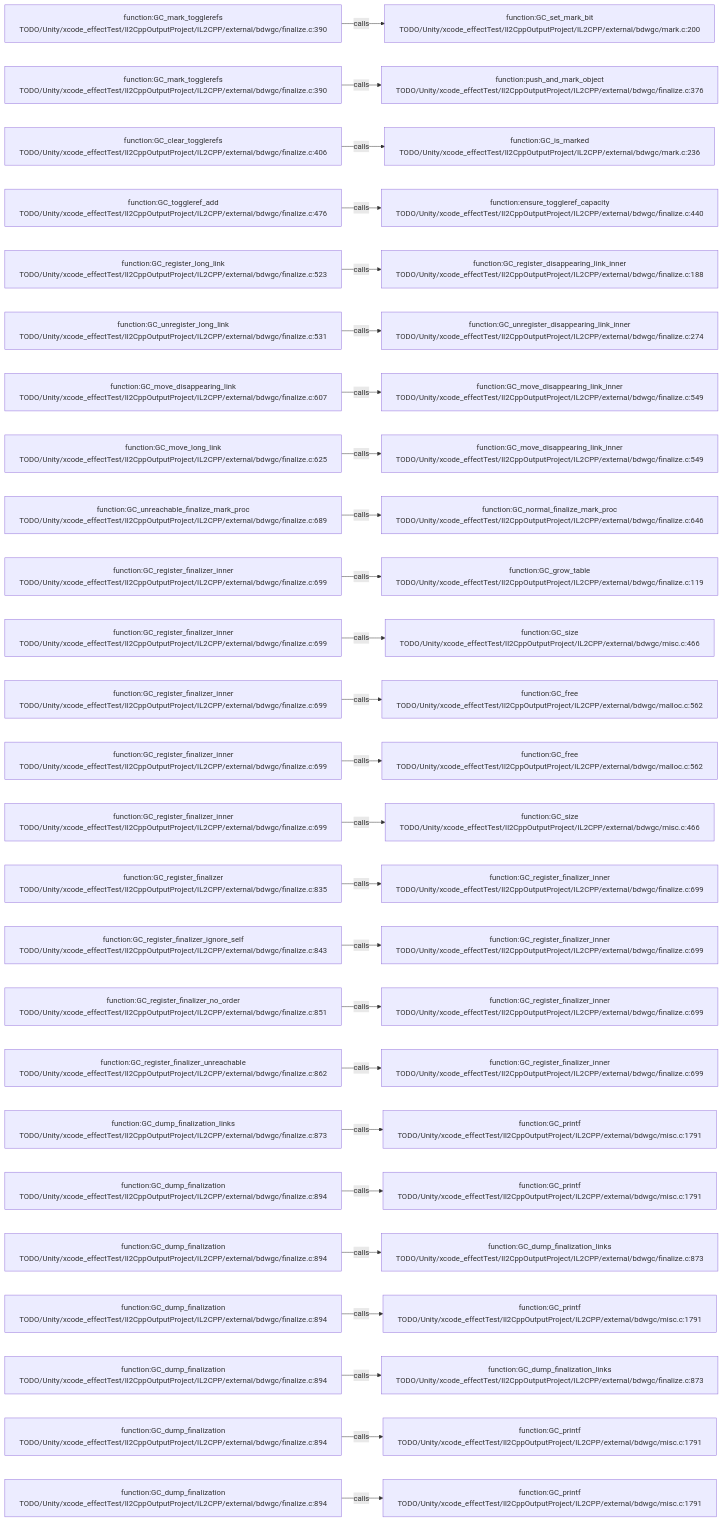
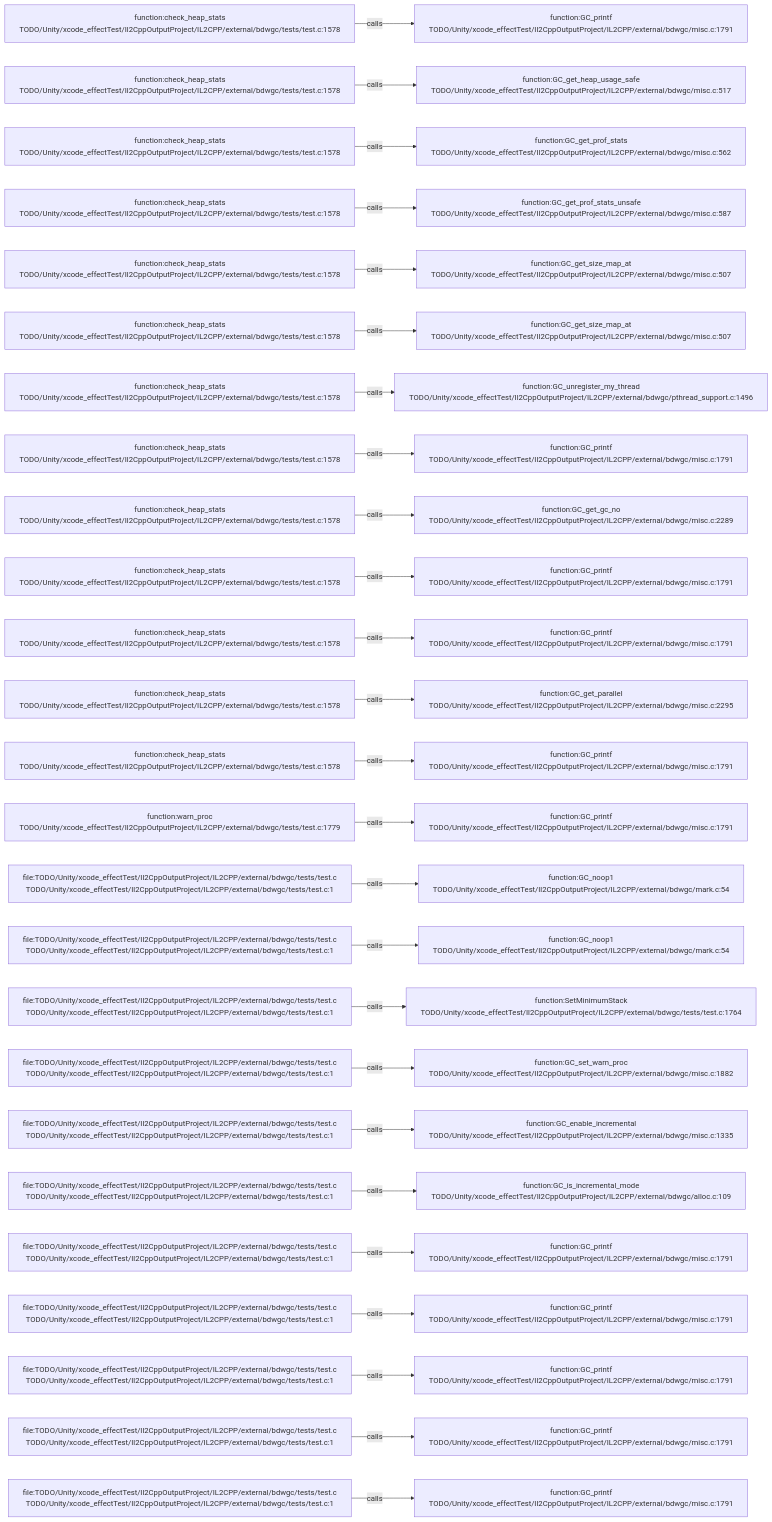
One commit to JobsKits/JobsSwiftBaseConfigDemo changed the diagram in .codegraph/codegraph.md/graphs/calls-176.md. Above: the diagram before and after it, drawn with Mermaid. The commit also changed 227 other files, not shown here.

````diff
--- a/.codegraph/codegraph.md/graphs/calls-176.md
+++ b/.codegraph/codegraph.md/graphs/calls-176.md
@@ -13,78 +13,78 @@
 ```mermaid
 flowchart LR
-  S1["function:GC_mark_togglerefs<br/>TODO/Unity/xcode_effectTest/Il2CppOutputProject/IL2CPP/external/bdwgc/finalize.c:390"]
-  T1["function:GC_set_mark_bit<br/>TODO/Unity/xcode_effectTest/Il2CppOutputProject/IL2CPP/external/bdwgc/mark.c:200"]
+  S1["function:check_heap_stats<br/>TODO/Unity/xcode_effectTest/Il2CppOutputProject/IL2CPP/external/bdwgc/tests/test.c:1578"]
+  T1["function:GC_printf<br/>TODO/Unity/xcode_effectTest/Il2CppOutputProject/IL2CPP/external/bdwgc/misc.c:1791"]
   S1 -->|calls| T1
-  S2["function:GC_mark_togglerefs<br/>TODO/Unity/xcode_effectTest/Il2CppOutputProject/IL2CPP/external/bdwgc/finalize.c:390"]
-  T2["function:push_and_mark_object<br/>TODO/Unity/xcode_effectTest/Il2CppOutputProject/IL2CPP/external/bdwgc/finalize.c:376"]
+  S2["function:check_heap_stats<br/>TODO/Unity/xcode_effectTest/Il2CppOutputProject/IL2CPP/external/bdwgc/tests/test.c:1578"]
+  T2["function:GC_get_heap_usage_safe<br/>TODO/Unity/xcode_effectTest/Il2CppOutputProject/IL2CPP/external/bdwgc/misc.c:517"]
   S2 -->|calls| T2
-  S3["function:GC_clear_togglerefs<br/>TODO/Unity/xcode_effectTest/Il2CppOutputProject/IL2CPP/external/bdwgc/finalize.c:406"]
-  T3["function:GC_is_marked<br/>TODO/Unity/xcode_effectTest/Il2CppOutputProject/IL2CPP/external/bdwgc/mark.c:236"]
+  S3["function:check_heap_stats<br/>TODO/Unity/xcode_effectTest/Il2CppOutputProject/IL2CPP/external/bdwgc/tests/test.c:1578"]
+  T3["function:GC_get_prof_stats<br/>TODO/Unity/xcode_effectTest/Il2CppOutputProject/IL2CPP/external/bdwgc/misc.c:562"]
   S3 -->|calls| T3
-  S4["function:GC_toggleref_add<br/>TODO/Unity/xcode_effectTest/Il2CppOutputProject/IL2CPP/external/bdwgc/finalize.c:476"]
-  T4["function:ensure_toggleref_capacity<br/>TODO/Unity/xcode_effectTest/Il2CppOutputProject/IL2CPP/external/bdwgc/finalize.c:440"]
+  S4["function:check_heap_stats<br/>TODO/Unity/xcode_effectTest/Il2CppOutputProject/IL2CPP/external/bdwgc/tests/test.c:1578"]
+  T4["function:GC_get_prof_stats_unsafe<br/>TODO/Unity/xcode_effectTest/Il2CppOutputProject/IL2CPP/external/bdwgc/misc.c:587"]
   S4 -->|calls| T4
-  S5["function:GC_register_long_link<br/>TODO/Unity/xcode_effectTest/Il2CppOutputProject/IL2CPP/external/bdwgc/finalize.c:523"]
-  T5["function:GC_register_disappearing_link_inner<br/>TODO/Unity/xcode_effectTest/Il2CppOutputProject/IL2CPP/external/bdwgc/finalize.c:188"]
+  S5["function:check_heap_stats<br/>TODO/Unity/xcode_effectTest/Il2CppOutputProject/IL2CPP/external/bdwgc/tests/test.c:1578"]
+  T5["function:GC_get_size_map_at<br/>TODO/Unity/xcode_effectTest/Il2CppOutputProject/IL2CPP/external/bdwgc/misc.c:507"]
   S5 -->|calls| T5
-  S6["function:GC_unregister_long_link<br/>TODO/Unity/xcode_effectTest/Il2CppOutputProject/IL2CPP/external/bdwgc/finalize.c:531"]
-  T6["function:GC_unregister_disappearing_link_inner<br/>TODO/Unity/xcode_effectTest/Il2CppOutputProject/IL2CPP/external/bdwgc/finalize.c:274"]
+  S6["function:check_heap_stats<br/>TODO/Unity/xcode_effectTest/Il2CppOutputProject/IL2CPP/external/bdwgc/tests/test.c:1578"]
+  T6["function:GC_get_size_map_at<br/>TODO/Unity/xcode_effectTest/Il2CppOutputProject/IL2CPP/external/bdwgc/misc.c:507"]
   S6 -->|calls| T6
-  S7["function:GC_move_disappearing_link<br/>TODO/Unity/xcode_effectTest/Il2CppOutputProject/IL2CPP/external/bdwgc/finalize.c:607"]
-  T7["function:GC_move_disappearing_link_inner<br/>TODO/Unity/xcode_effectTest/Il2CppOutputProject/IL2CPP/external/bdwgc/finalize.c:549"]
+  S7["function:check_heap_stats<br/>TODO/Unity/xcode_effectTest/Il2CppOutputProject/IL2CPP/external/bdwgc/tests/test.c:1578"]
+  T7["function:GC_unregister_my_thread<br/>TODO/Unity/xcode_effectTest/Il2CppOutputProject/IL2CPP/external/bdwgc/pthread_support.c:1496"]
   S7 -->|calls| T7
-  S8["function:GC_move_long_link<br/>TODO/Unity/xcode_effectTest/Il2CppOutputProject/IL2CPP/external/bdwgc/finalize.c:625"]
-  T8["function:GC_move_disappearing_link_inner<br/>TODO/Unity/xcode_effectTest/Il2CppOutputProject/IL2CPP/external/bdwgc/finalize.c:549"]
+  S8["function:check_heap_stats<br/>TODO/Unity/xcode_effectTest/Il2CppOutputProject/IL2CPP/external/bdwgc/tests/test.c:1578"]
+  T8["function:GC_printf<br/>TODO/Unity/xcode_effectTest/Il2CppOutputProject/IL2CPP/external/bdwgc/misc.c:1791"]
   S8 -->|calls| T8
-  S9["function:GC_unreachable_finalize_mark_proc<br/>TODO/Unity/xcode_effectTest/Il2CppOutputProject/IL2CPP/external/bdwgc/finalize.c:689"]
-  T9["function:GC_normal_finalize_mark_proc<br/>TODO/Unity/xcode_effectTest/Il2CppOutputProject/IL2CPP/external/bdwgc/finalize.c:646"]
+  S9["function:check_heap_stats<br/>TODO/Unity/xcode_effectTest/Il2CppOutputProject/IL2CPP/external/bdwgc/tests/test.c:1578"]
+  T9["function:GC_get_gc_no<br/>TODO/Unity/xcode_effectTest/Il2CppOutputProject/IL2CPP/external/bdwgc/misc.c:2289"]
   S9 -->|calls| T9
-  S10["function:GC_register_finalizer_inner<br/>TODO/Unity/xcode_effectTest/Il2CppOutputProject/IL2CPP/external/bdwgc/finalize.c:699"]
-  T10["function:GC_grow_table<br/>TODO/Unity/xcode_effectTest/Il2CppOutputProject/IL2CPP/external/bdwgc/finalize.c:119"]
+  S10["function:check_heap_stats<br/>TODO/Unity/xcode_effectTest/Il2CppOutputProject/IL2CPP/external/bdwgc/tests/test.c:1578"]
+  T10["function:GC_printf<br/>TODO/Unity/xcode_effectTest/Il2CppOutputProject/IL2CPP/external/bdwgc/misc.c:1791"]
   S10 -->|calls| T10
-  S11["function:GC_register_finalizer_inner<br/>TODO/Unity/xcode_effectTest/Il2CppOutputProject/IL2CPP/external/bdwgc/finalize.c:699"]
-  T11["function:GC_size<br/>TODO/Unity/xcode_effectTest/Il2CppOutputProject/IL2CPP/external/bdwgc/misc.c:466"]
+  S11["function:check_heap_stats<br/>TODO/Unity/xcode_effectTest/Il2CppOutputProject/IL2CPP/external/bdwgc/tests/test.c:1578"]
+  T11["function:GC_printf<br/>TODO/Unity/xcode_effectTest/Il2CppOutputProject/IL2CPP/external/bdwgc/misc.c:1791"]
   S11 -->|calls| T11
-  S12["function:GC_register_finalizer_inner<br/>TODO/Unity/xcode_effectTest/Il2CppOutputProject/IL2CPP/external/bdwgc/finalize.c:699"]
-  T12["function:GC_free<br/>TODO/Unity/xcode_effectTest/Il2CppOutputProject/IL2CPP/external/bdwgc/malloc.c:562"]
+  S12["function:check_heap_stats<br/>TODO/Unity/xcode_effectTest/Il2CppOutputProject/IL2CPP/external/bdwgc/tests/test.c:1578"]
+  T12["function:GC_get_parallel<br/>TODO/Unity/xcode_effectTest/Il2CppOutputProject/IL2CPP/external/bdwgc/misc.c:2295"]
   S12 -->|calls| T12
-  S13["function:GC_register_finalizer_inner<br/>TODO/Unity/xcode_effectTest/Il2CppOutputProject/IL2CPP/external/bdwgc/finalize.c:699"]
-  T13["function:GC_free<br/>TODO/Unity/xcode_effectTest/Il2CppOutputProject/IL2CPP/external/bdwgc/malloc.c:562"]
+  S13["function:check_heap_stats<br/>TODO/Unity/xcode_effectTest/Il2CppOutputProject/IL2CPP/external/bdwgc/tests/test.c:1578"]
+  T13["function:GC_printf<br/>TODO/Unity/xcode_effectTest/Il2CppOutputProject/IL2CPP/external/bdwgc/misc.c:1791"]
   S13 -->|calls| T13
-  S14["function:GC_register_finalizer_inner<br/>TODO/Unity/xcode_effectTest/Il2CppOutputProject/IL2CPP/external/bdwgc/finalize.c:699"]
-  T14["function:GC_size<br/>TODO/Unity/xcode_effectTest/Il2CppOutputProject/IL2CPP/external/bdwgc/misc.c:466"]
+  S14["function:warn_proc<br/>TODO/Unity/xcode_effectTest/Il2CppOutputProject/IL2CPP/external/bdwgc/tests/test.c:1779"]
+  T14["function:GC_printf<br/>TODO/Unity/xcode_effectTest/Il2CppOutputProject/IL2CPP/external/bdwgc/misc.c:1791"]
   S14 -->|calls| T14
-  S15["function:GC_register_finalizer<br/>TODO/Unity/xcode_effectTest/Il2CppOutputProject/IL2CPP/external/bdwgc/finalize.c:835"]
-  T15["function:GC_register_finalizer_inner<br/>TODO/Unity/xcode_effectTest/Il2CppOutputProject/IL2CPP/external/bdwgc/finalize.c:699"]
+  S15["file:TODO/Unity/xcode_effectTest/Il2CppOutputProject/IL2CPP/external/bdwgc/tests/test.c<br/>TODO/Unity/xcode_effectTest/Il2CppOutputProject/IL2CPP/external/bdwgc/tests/test.c:1"]
+  T15["function:GC_noop1<br/>TODO/Unity/xcode_effectTest/Il2CppOutputProject/IL2CPP/external/bdwgc/mark.c:54"]
   S15 -->|calls| T15
-  S16["function:GC_register_finalizer_ignore_self<br/>TODO/Unity/xcode_effectTest/Il2CppOutputProject/IL2CPP/external/bdwgc/finalize.c:843"]
-  T16["function:GC_register_finalizer_inner<br/>TODO/Unity/xcode_effectTest/Il2CppOutputProject/IL2CPP/external/bdwgc/finalize.c:699"]
+  S16["file:TODO/Unity/xcode_effectTest/Il2CppOutputProject/IL2CPP/external/bdwgc/tests/test.c<br/>TODO/Unity/xcode_effectTest/Il2CppOutputProject/IL2CPP/external/bdwgc/tests/test.c:1"]
+  T16["function:GC_noop1<br/>TODO/Unity/xcode_effectTest/Il2CppOutputProject/IL2CPP/external/bdwgc/mark.c:54"]
   S16 -->|calls| T16
-  S17["function:GC_register_finalizer_no_order<br/>TODO/Unity/xcode_effectTest/Il2CppOutputProject/IL2CPP/external/bdwgc/finalize.c:851"]
-  T17["function:GC_register_finalizer_inner<br/>TODO/Unity/xcode_effectTest/Il2CppOutputProject/IL2CPP/external/bdwgc/finalize.c:699"]
+  S17["file:TODO/Unity/xcode_effectTest/Il2CppOutputProject/IL2CPP/external/bdwgc/tests/test.c<br/>TODO/Unity/xcode_effectTest/Il2CppOutputProject/IL2CPP/external/bdwgc/tests/test.c:1"]
+  T17["function:SetMinimumStack<br/>TODO/Unity/xcode_effectTest/Il2CppOutputProject/IL2CPP/external/bdwgc/tests/test.c:1764"]
   S17 -->|calls| T17
-  S18["function:GC_register_finalizer_unreachable<br/>TODO/Unity/xcode_effectTest/Il2CppOutputProject/IL2CPP/external/bdwgc/finalize.c:862"]
-  T18["function:GC_register_finalizer_inner<br/>TODO/Unity/xcode_effectTest/Il2CppOutputProject/IL2CPP/external/bdwgc/finalize.c:699"]
+  S18["file:TODO/Unity/xcode_effectTest/Il2CppOutputProject/IL2CPP/external/bdwgc/tests/test.c<br/>TODO/Unity/xcode_effectTest/Il2CppOutputProject/IL2CPP/external/bdwgc/tests/test.c:1"]
+  T18["function:GC_set_warn_proc<br/>TODO/Unity/xcode_effectTest/Il2CppOutputProject/IL2CPP/external/bdwgc/misc.c:1882"]
   S18 -->|calls| T18
-  S19["function:GC_dump_finalization_links<br/>TODO/Unity/xcode_effectTest/Il2CppOutputProject/IL2CPP/external/bdwgc/finalize.c:873"]
-  T19["function:GC_printf<br/>TODO/Unity/xcode_effectTest/Il2CppOutputProject/IL2CPP/external/bdwgc/misc.c:1791"]
+  S19["file:TODO/Unity/xcode_effectTest/Il2CppOutputProject/IL2CPP/external/bdwgc/tests/test.c<br/>TODO/Unity/xcode_effectTest/Il2CppOutputProject/IL2CPP/external/bdwgc/tests/test.c:1"]
+  T19["function:GC_enable_incremental<br/>TODO/Unity/xcode_effectTest/Il2CppOutputProject/IL2CPP/external/bdwgc/misc.c:1335"]
   S19 -->|calls| T19
-  S20["function:GC_dump_finalization<br/>TODO/Unity/xcode_effectTest/Il2CppOutputProject/IL2CPP/external/bdwgc/finalize.c:894"]
-  T20["function:GC_printf<br/>TODO/Unity/xcode_effectTest/Il2CppOutputProject/IL2CPP/external/bdwgc/misc.c:1791"]
+  S20["file:TODO/Unity/xcode_effectTest/Il2CppOutputProject/IL2CPP/external/bdwgc/tests/test.c<br/>TODO/Unity/xcode_effectTest/Il2CppOutputProject/IL2CPP/external/bdwgc/tests/test.c:1"]
+  T20["function:GC_is_incremental_mode<br/>TODO/Unity/xcode_effectTest/Il2CppOutputProject/IL2CPP/external/bdwgc/alloc.c:109"]
   S20 -->|calls| T20
-  S21["function:GC_dump_finalization<br/>TODO/Unity/xcode_effectTest/Il2CppOutputProject/IL2CPP/external/bdwgc/finalize.c:894"]
-  T21["function:GC_dump_finalization_links<br/>TODO/Unity/xcode_effectTest/Il2CppOutputProject/IL2CPP/external/bdwgc/finalize.c:873"]
+  S21["file:TODO/Unity/xcode_effectTest/Il2CppOutputProject/IL2CPP/external/bdwgc/tests/test.c<br/>TODO/Unity/xcode_effectTest/Il2CppOutputProject/IL2CPP/external/bdwgc/tests/test.c:1"]
+  T21["function:GC_printf<br/>TODO/Unity/xcode_effectTest/Il2CppOutputProject/IL2CPP/external/bdwgc/misc.c:1791"]
   S21 -->|calls| T21
-  S22["function:GC_dump_finalization<br/>TODO/Unity/xcode_effectTest/Il2CppOutputProject/IL2CPP/external/bdwgc/finalize.c:894"]
+  S22["file:TODO/Unity/xcode_effectTest/Il2CppOutputProject/IL2CPP/external/bdwgc/tests/test.c<br/>TODO/Unity/xcode_effectTest/Il2CppOutputProject/IL2CPP/external/bdwgc/tests/test.c:1"]
   T22["function:GC_printf<br/>TODO/Unity/xcode_effectTest/Il2CppOutputProject/IL2CPP/external/bdwgc/misc.c:1791"]
   S22 -->|calls| T22
-  S23["function:GC_dump_finalization<br/>TODO/Unity/xcode_effectTest/Il2CppOutputProject/IL2CPP/external/bdwgc/finalize.c:894"]
-  T23["function:GC_dump_finalization_links<br/>TODO/Unity/xcode_effectTest/Il2CppOutputProject/IL2CPP/external/bdwgc/finalize.c:873"]
+  S23["file:TODO/Unity/xcode_effectTest/Il2CppOutputProject/IL2CPP/external/bdwgc/tests/test.c<br/>TODO/Unity/xcode_effectTest/Il2CppOutputProject/IL2CPP/external/bdwgc/tests/test.c:1"]
+  T23["function:GC_printf<br/>TODO/Unity/xcode_effectTest/Il2CppOutputProject/IL2CPP/external/bdwgc/misc.c:1791"]
   S23 -->|calls| T23
-  S24["function:GC_dump_finalization<br/>TODO/Unity/xcode_effectTest/Il2CppOutputProject/IL2CPP/external/bdwgc/finalize.c:894"]
+  S24["file:TODO/Unity/xcode_effectTest/Il2CppOutputProject/IL2CPP/external/bdwgc/tests/test.c<br/>TODO/Unity/xcode_effectTest/Il2CppOutputProject/IL2CPP/external/bdwgc/tests/test.c:1"]
   T24["function:GC_printf<br/>TODO/Unity/xcode_effectTest/Il2CppOutputProject/IL2CPP/external/bdwgc/misc.c:1791"]
   S24 -->|calls| T24
-  S25["function:GC_dump_finalization<br/>TODO/Unity/xcode_effectTest/Il2CppOutputProject/IL2CPP/external/bdwgc/finalize.c:894"]
+  S25["file:TODO/Unity/xcode_effectTest/Il2CppOutputProject/IL2CPP/external/bdwgc/tests/test.c<br/>TODO/Unity/xcode_effectTest/Il2CppOutputProject/IL2CPP/external/bdwgc/tests/test.c:1"]
   T25["function:GC_printf<br/>TODO/Unity/xcode_effectTest/Il2CppOutputProject/IL2CPP/external/bdwgc/misc.c:1791"]
   S25 -->|calls| T25
 ```
````
